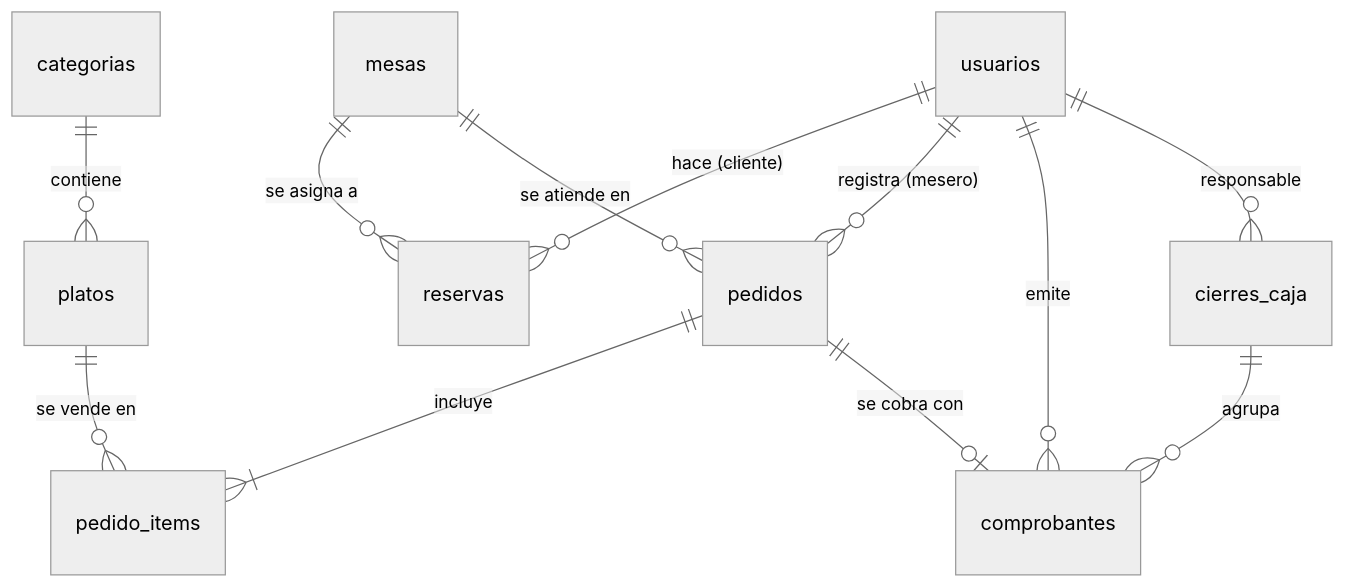
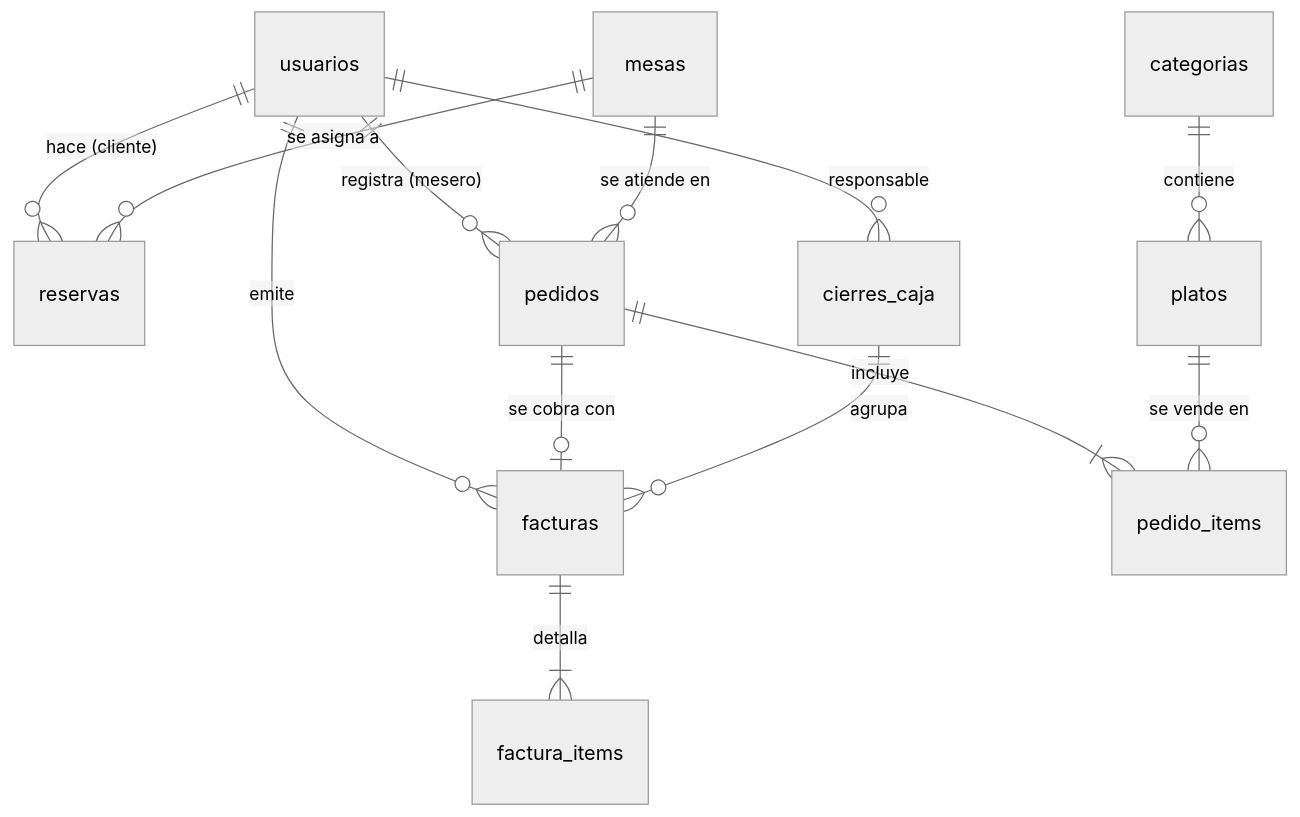
Before and after one commit to CarlosDev88/sigr-restaurante-linea-base: the diagram in docs/estructura-bd.md, drawn with Mermaid (neutral theme). The commit also changed other lines of this file and 9 other files, not shown here.

````diff
--- a/docs/estructura-bd.md
+++ b/docs/estructura-bd.md
@@ -10,14 +24,15 @@
 ```mermaid
 erDiagram
   usuarios ||--o{ reservas : "hace (cliente)"
   usuarios ||--o{ pedidos : "registra (mesero)"
-  usuarios ||--o{ comprobantes : "emite"
+  usuarios ||--o{ facturas : "emite"
   usuarios ||--o{ cierres_caja : "responsable"
   categorias ||--o{ platos : contiene
   mesas ||--o{ reservas : "se asigna a"
   mesas ||--o{ pedidos : "se atiende en"
   pedidos ||--|{ pedido_items : incluye
   platos ||--o{ pedido_items : "se vende en"
-  pedidos ||--o| comprobantes : "se cobra con"
-  cierres_caja ||--o{ comprobantes : agrupa
+  pedidos ||--o| facturas : "se cobra con"
+  facturas ||--|{ factura_items : detalla
+  cierres_caja ||--o{ facturas : agrupa
 ```
````
